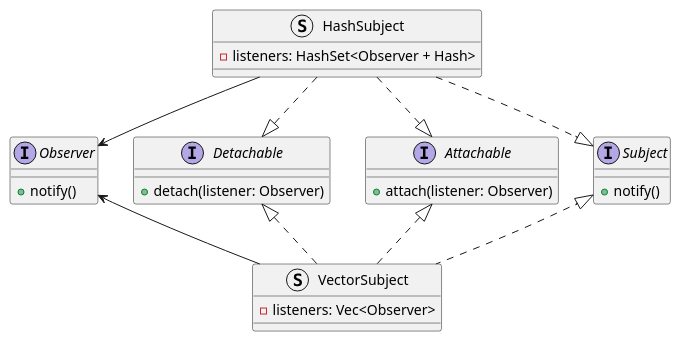
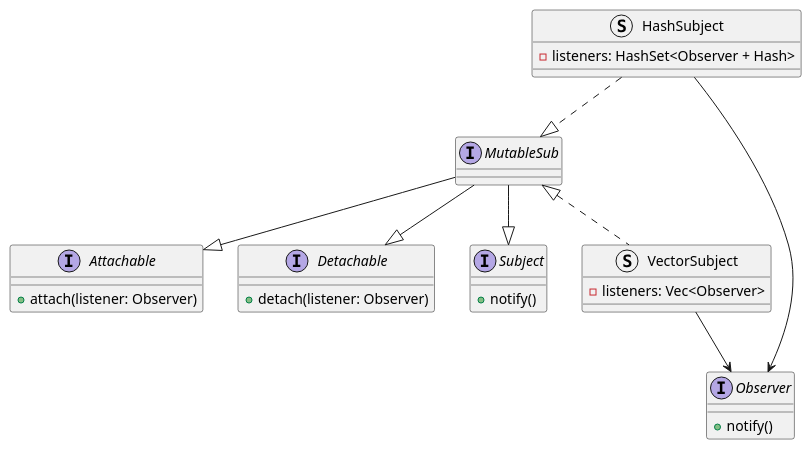
Before and after one commit to zwerdlds/roopes: the diagram in src/observer/observer.plantuml, drawn with PlantUML. The commit also changed 15 other files, not shown here.

```diff
--- a/src/observer/observer.plantuml
+++ b/src/observer/observer.plantuml
@@ -1,34 +1,36 @@
 @startuml "observer"
 interface "Observer" as obs {
     {method} + notify()
 }
 
 interface "Attachable" as attach {
     {method} + attach(listener: Observer)
 }
 
 interface "Detachable" as detach {
     {method} + detach(listener: Observer)
 }
 
 interface "Subject" as sub {
     {method} + notify()
 }
 
+interface "MutableSub" as mutsub {
+}
+mutsub --|> attach
+mutsub --|> detach
+mutsub --|> sub
+
 struct "VectorSubject" as vecsub {
     {field} - listeners: Vec<Observer>
 }
-vecsub .u.|> sub
-vecsub .u.|> attach
-vecsub .u.|> detach
-vecsub -u-> obs
+vecsub .u.|> mutsub
+vecsub --> obs
 
 struct "HashSubject" as hshsub {
     {field} - listeners: HashSet<Observer + Hash>
 }
-hshsub .d.|> sub
-hshsub .d.|> attach
-hshsub .d.|> detach
-hshsub -d-> obs
+hshsub ..|> mutsub
+hshsub --> obs
 
 @enduml
```
